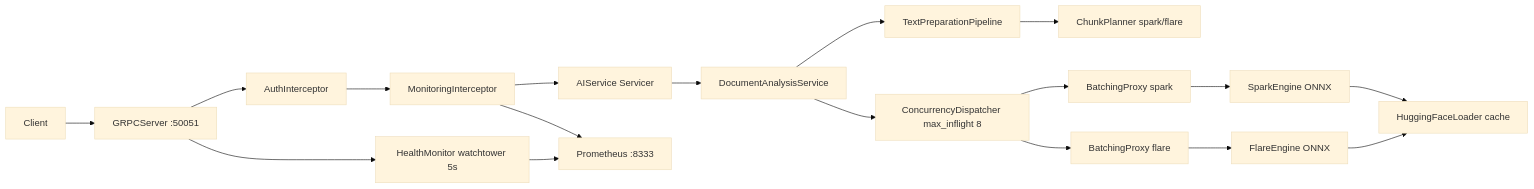
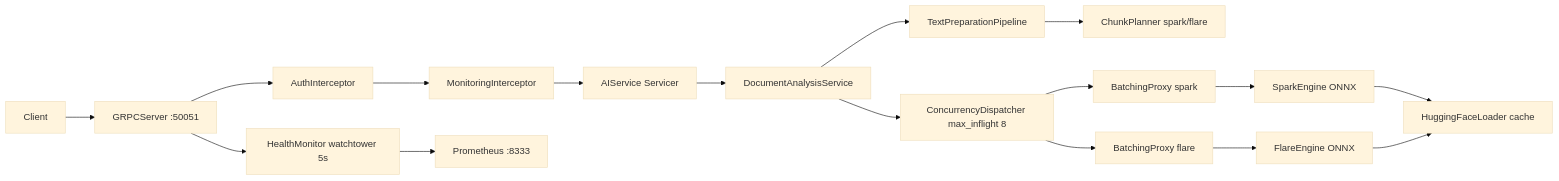
Before and after one commit to kunalPisolkar24/detectAI: the diagram in services/inference/README.md, drawn with Mermaid (base theme). The commit also changed other lines of this file and 30 other files, not shown here.

````diff
--- a/services/inference/README.md
+++ b/services/inference/README.md
@@ -33,20 +33,19 @@
 ```mermaid
 graph LR
     Client --> GRPC[GRPCServer :50051]
     GRPC --> Auth[AuthInterceptor]
     Auth --> Mon[MonitoringInterceptor]
     Mon --> Svc[AIService Servicer]
     Svc --> DAS[DocumentAnalysisService]
     DAS --> Prep[TextPreparationPipeline]
     Prep --> Planner[ChunkPlanner spark/flare]
     DAS --> Disp[ConcurrencyDispatcher max_inflight 8]
     Disp --> BP_S[BatchingProxy spark]
     Disp --> BP_F[BatchingProxy flare]
     BP_S --> Eng_S[SparkEngine ONNX]
     BP_F --> Eng_F[FlareEngine ONNX]
     Eng_S --> Loader[HuggingFaceLoader cache]
     Eng_F --> Loader
     GRPC --> Health[HealthMonitor watchtower 5s]
     Health --> Metrics[Prometheus :8333]
-    Mon --> Metrics
 ```
````
